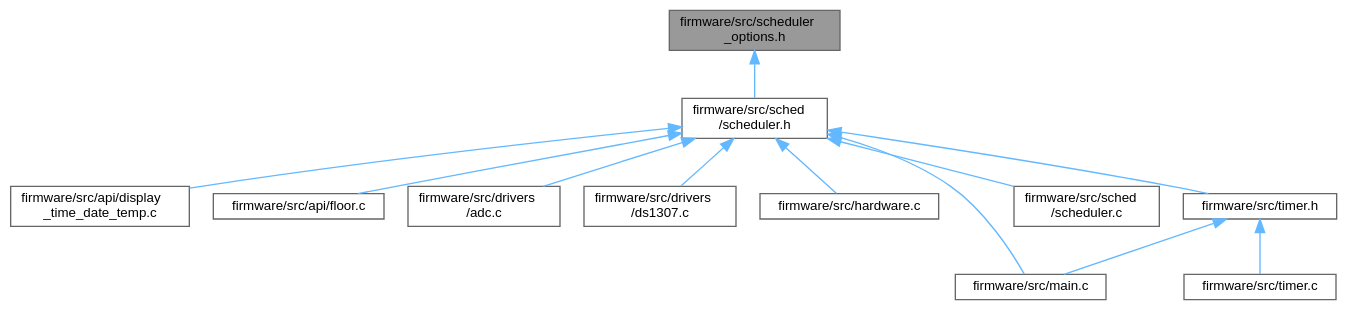
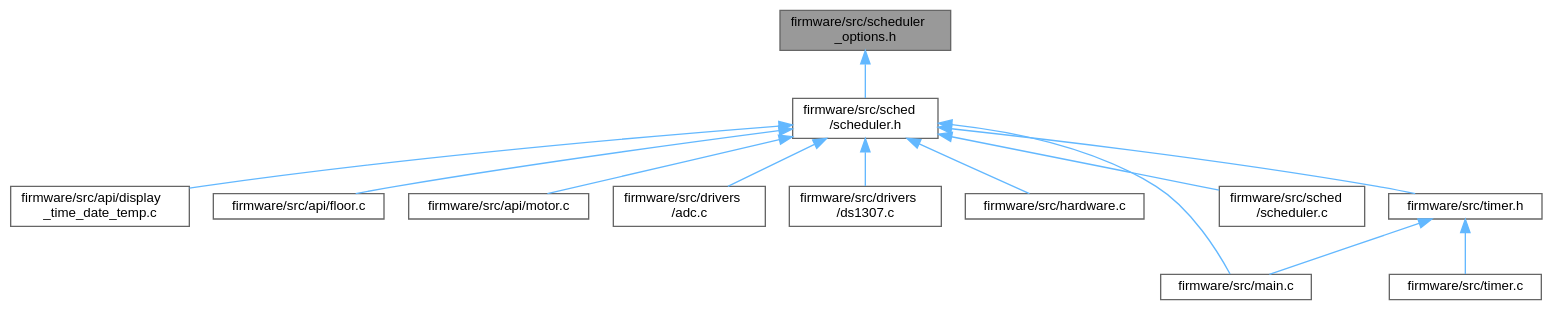
Before and after one commit to Ghaadyy/elevator-controller: the diagram in dev/scheduler__options_8h__dep__incl.dot, drawn with Graphviz. The commit also changed 95 other files, not shown here.

```diff
--- a/dev/scheduler__options_8h__dep__incl.dot
+++ b/dev/scheduler__options_8h__dep__incl.dot
@@ -1,29 +1,31 @@
 digraph "firmware/src/scheduler_options.h"
 {
  // LATEX_PDF_SIZE
   bgcolor="transparent";
   edge [fontname=Helvetica,fontsize=10,labelfontname=Helvetica,labelfontsize=10];
   node [fontname=Helvetica,fontsize=10,shape=box,height=0.2,width=0.4];
   Node1 [id="Node000001",label="firmware/src/scheduler\l_options.h",height=0.2,width=0.4,color="gray40", fillcolor="grey60", style="filled", fontcolor="black",tooltip=" "];
   Node1 -> Node2 [id="edge1_Node000001_Node000002",dir="back",color="steelblue1",style="solid",tooltip=" "];
   Node2 [id="Node000002",label="firmware/src/sched\l/scheduler.h",height=0.2,width=0.4,color="grey40", fillcolor="white", style="filled",URL="$scheduler_8h.html",tooltip=" "];
   Node2 -> Node3 [id="edge2_Node000002_Node000003",dir="back",color="steelblue1",style="solid",tooltip=" "];
   Node3 [id="Node000003",label="firmware/src/api/display\l_time_date_temp.c",height=0.2,width=0.4,color="grey40", fillcolor="white", style="filled",URL="$display__time__date__temp_8c.html",tooltip=" "];
   Node2 -> Node4 [id="edge3_Node000002_Node000004",dir="back",color="steelblue1",style="solid",tooltip=" "];
   Node4 [id="Node000004",label="firmware/src/api/floor.c",height=0.2,width=0.4,color="grey40", fillcolor="white", style="filled",URL="$floor_8c.html",tooltip="Implementation of the floor monitor API."];
   Node2 -> Node5 [id="edge4_Node000002_Node000005",dir="back",color="steelblue1",style="solid",tooltip=" "];
-  Node5 [id="Node000005",label="firmware/src/drivers\l/adc.c",height=0.2,width=0.4,color="grey40", fillcolor="white", style="filled",URL="$adc_8c.html",tooltip=" "];
+  Node5 [id="Node000005",label="firmware/src/api/motor.c",height=0.2,width=0.4,color="grey40", fillcolor="white", style="filled",URL="$motor_8c.html",tooltip=" "];
   Node2 -> Node6 [id="edge5_Node000002_Node000006",dir="back",color="steelblue1",style="solid",tooltip=" "];
-  Node6 [id="Node000006",label="firmware/src/drivers\l/ds1307.c",height=0.2,width=0.4,color="grey40", fillcolor="white", style="filled",URL="$ds1307_8c.html",tooltip=" "];
+  Node6 [id="Node000006",label="firmware/src/drivers\l/adc.c",height=0.2,width=0.4,color="grey40", fillcolor="white", style="filled",URL="$adc_8c.html",tooltip=" "];
   Node2 -> Node7 [id="edge6_Node000002_Node000007",dir="back",color="steelblue1",style="solid",tooltip=" "];
-  Node7 [id="Node000007",label="firmware/src/hardware.c",height=0.2,width=0.4,color="grey40", fillcolor="white", style="filled",URL="$hardware_8c.html",tooltip=" "];
+  Node7 [id="Node000007",label="firmware/src/drivers\l/ds1307.c",height=0.2,width=0.4,color="grey40", fillcolor="white", style="filled",URL="$ds1307_8c.html",tooltip=" "];
   Node2 -> Node8 [id="edge7_Node000002_Node000008",dir="back",color="steelblue1",style="solid",tooltip=" "];
-  Node8 [id="Node000008",label="firmware/src/main.c",height=0.2,width=0.4,color="grey40", fillcolor="white", style="filled",URL="$main_8c.html",tooltip=" "];
+  Node8 [id="Node000008",label="firmware/src/hardware.c",height=0.2,width=0.4,color="grey40", fillcolor="white", style="filled",URL="$hardware_8c.html",tooltip=" "];
   Node2 -> Node9 [id="edge8_Node000002_Node000009",dir="back",color="steelblue1",style="solid",tooltip=" "];
-  Node9 [id="Node000009",label="firmware/src/sched\l/scheduler.c",height=0.2,width=0.4,color="grey40", fillcolor="white", style="filled",URL="$scheduler_8c.html",tooltip="Co-operative scheduler."];
+  Node9 [id="Node000009",label="firmware/src/main.c",height=0.2,width=0.4,color="grey40", fillcolor="white", style="filled",URL="$main_8c.html",tooltip=" "];
   Node2 -> Node10 [id="edge9_Node000002_Node000010",dir="back",color="steelblue1",style="solid",tooltip=" "];
-  Node10 [id="Node000010",label="firmware/src/timer.h",height=0.2,width=0.4,color="grey40", fillcolor="white", style="filled",URL="$timer_8h.html",tooltip=" "];
-  Node10 -> Node8 [id="edge10_Node000010_Node000008",dir="back",color="steelblue1",style="solid",tooltip=" "];
-  Node10 -> Node11 [id="edge11_Node000010_Node000011",dir="back",color="steelblue1",style="solid",tooltip=" "];
-  Node11 [id="Node000011",label="firmware/src/timer.c",height=0.2,width=0.4,color="grey40", fillcolor="white", style="filled",URL="$timer_8c.html",tooltip=" "];
+  Node10 [id="Node000010",label="firmware/src/sched\l/scheduler.c",height=0.2,width=0.4,color="grey40", fillcolor="white", style="filled",URL="$scheduler_8c.html",tooltip="Co-operative scheduler."];
+  Node2 -> Node11 [id="edge10_Node000002_Node000011",dir="back",color="steelblue1",style="solid",tooltip=" "];
+  Node11 [id="Node000011",label="firmware/src/timer.h",height=0.2,width=0.4,color="grey40", fillcolor="white", style="filled",URL="$timer_8h.html",tooltip=" "];
+  Node11 -> Node9 [id="edge11_Node000011_Node000009",dir="back",color="steelblue1",style="solid",tooltip=" "];
+  Node11 -> Node12 [id="edge12_Node000011_Node000012",dir="back",color="steelblue1",style="solid",tooltip=" "];
+  Node12 [id="Node000012",label="firmware/src/timer.c",height=0.2,width=0.4,color="grey40", fillcolor="white", style="filled",URL="$timer_8c.html",tooltip=" "];
 }
```
